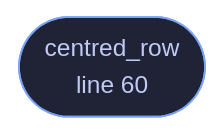
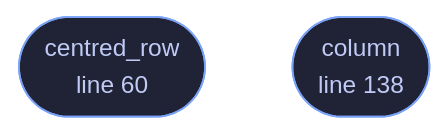
Before and after one commit to tilas01/veilvoice: the diagram in docs/files/veilvoice-gui/layout.md, drawn with Mermaid. The commit also changed other lines of this file and 94 other files, not shown here.

````diff
--- a/docs/files/veilvoice-gui/layout.md
+++ b/docs/files/veilvoice-gui/layout.md
@@ -99,8 +100,10 @@
 ```mermaid
 %%{init: {"theme":"base","themeVariables":{"background":"#1a1b26","primaryColor":"#1f2335","primaryTextColor":"#c0caf5","primaryBorderColor":"#7aa2f7","secondaryColor":"#16161e","tertiaryColor":"#16161e","lineColor":"#737aa2","textColor":"#c0caf5","mainBkg":"#1f2335","nodeBorder":"#7aa2f7","clusterBkg":"#16161e","clusterBorder":"#2f3549","fontFamily":"ui-monospace, SFMono-Regular, Consolas, monospace","fontSize":"14px"}}}%%
 flowchart TD
     n_centred_row(["centred_row<br/>line 60"])
+    n_column(["column<br/>line 138"])
     click n_centred_row href "https://github.com/tilas01/veilvoice/blob/main/crates/veilvoice-gui/src/layout.rs#L60" "open the source"
+    click n_column href "https://github.com/tilas01/veilvoice/blob/main/crates/veilvoice-gui/src/layout.rs#L138" "open the source"
     classDef entry fill:#1f2335,stroke:#7aa2f7,color:#c0caf5
-    class n_centred_row entry
+    class n_centred_row,n_column entry
 ```
````
